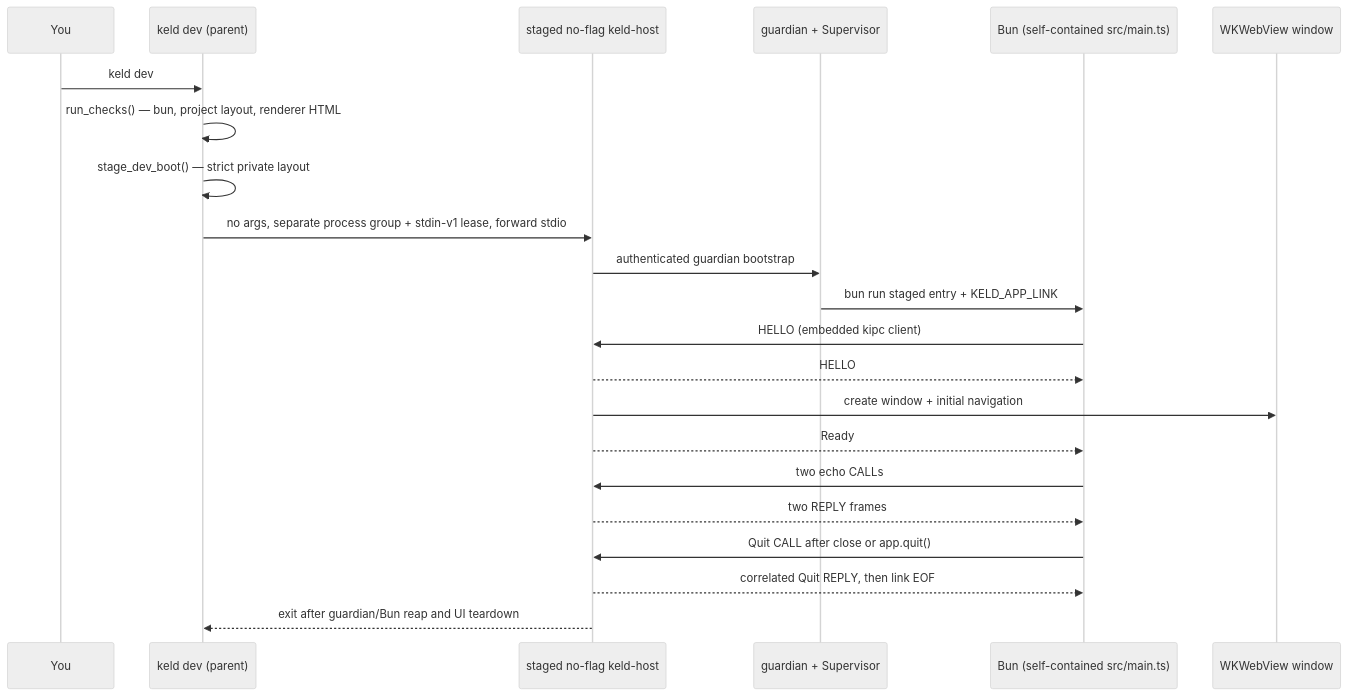
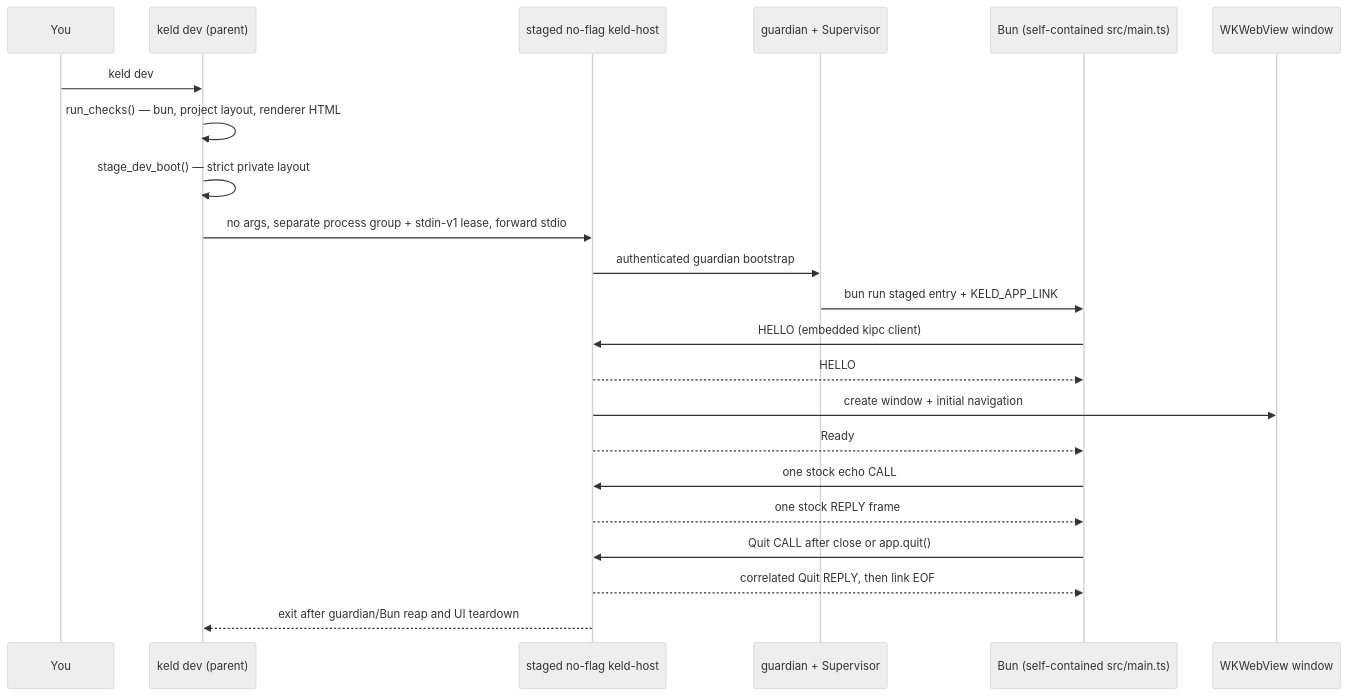
One commit to gyldlab/keld changed the diagram in docs/onboarding/03-api-and-cli-surface.md. Above: the diagram before and after it, drawn with Mermaid (neutral theme). The commit also changed other lines of this file and 1 other file, not shown here.

````diff
--- a/docs/onboarding/03-api-and-cli-surface.md
+++ b/docs/onboarding/03-api-and-cli-surface.md
@@ -708,27 +710,27 @@
 ```mermaid
 sequenceDiagram
     accTitle: Current generated app lifecycle on macOS
     accDescr: A developer runs keld dev. The CLI validates and stages the project, then launches a no-flag host. The host owns the guardian-supervised Bun child, authenticated echo and lifecycle session, and renderer window until Quit or CLI lease loss.
     participant Dev as You
     participant CLI as keld dev (parent)
     participant Host as staged no-flag keld-host
     participant Guard as guardian + Supervisor
     participant Bun as Bun (self-contained src/main.ts)
     participant Win as WKWebView window
 
     Dev->>CLI: keld dev
     CLI->>CLI: run_checks() — bun, project layout, renderer HTML
     CLI->>CLI: stage_dev_boot() — strict private layout
     CLI->>Host: no args, separate process group + stdin-v1 lease, forward stdio
     Host->>Guard: authenticated guardian bootstrap
     Guard->>Bun: bun run staged entry + KELD_APP_LINK
     Bun->>Host: HELLO (embedded kipc client)
     Host-->>Bun: HELLO
     Host->>Win: create window + initial navigation
     Host-->>Bun: Ready
-    Bun->>Host: two echo CALLs
-    Host-->>Bun: two REPLY frames
+    Bun->>Host: one stock echo CALL
+    Host-->>Bun: one stock REPLY frame
     Bun->>Host: Quit CALL after close or app.quit()
     Host-->>Bun: correlated Quit REPLY, then link EOF
     Host-->>CLI: exit after guardian/Bun reap and UI teardown
 ```
````
